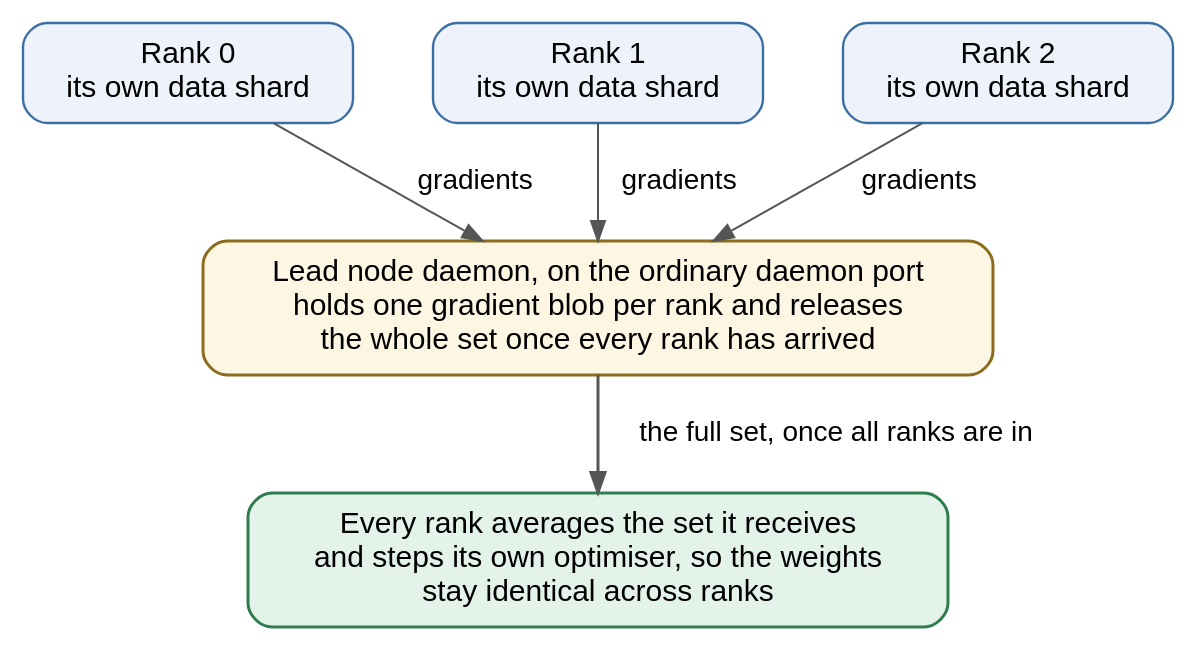
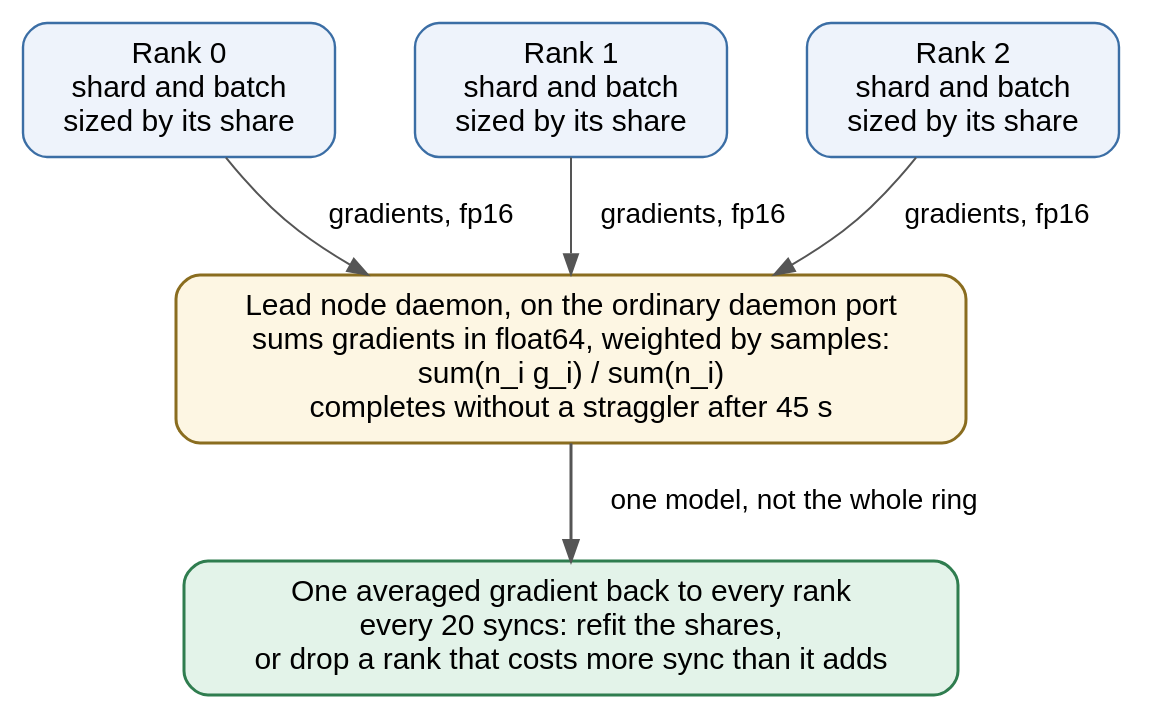
Before and after one commit to vinayakyadav2709/Pipedpeer: the diagram in docs/diagrams/src/fig_4.10_ddp.dot, drawn with Graphviz. The commit also changed 72 other files, not shown here.

```diff
--- a/docs/diagrams/src/fig_4.10_ddp.dot
+++ b/docs/diagrams/src/fig_4.10_ddp.dot
@@ -1,26 +1,25 @@
-// Figure 4.10 - Data parallel training: gradients meet on the daemon port.
-// The explanatory note lives in the caption, not the canvas: as a free-floating
-// node it forced the graph a quarter wider and shrank every label.
+// Figure 4.10 - Data parallel training: gradients meet on the daemon port and
+// the daemon reduces them. The explanatory note lives in the caption.
 digraph DDP {
   rankdir=TB; bgcolor="white"; nodesep=0.55; ranksep=0.60;
   node [fontname="Helvetica", fontsize=15, shape=box, style="rounded,filled",
         fillcolor="#eef3fb", color="#3b6ea5", penwidth=1.2, margin="0.18,0.11"];
   edge [fontname="Helvetica", fontsize=14, color="#555555"];
 
-  r0 [label="Rank 0\nits own data shard"];
-  r1 [label="Rank 1\nits own data shard"];
-  r2 [label="Rank 2\nits own data shard"];
+  r0 [label="Rank 0\nshard and batch\nsized by its share"];
+  r1 [label="Rank 1\nshard and batch\nsized by its share"];
+  r2 [label="Rank 2\nshard and batch\nsized by its share"];
 
-  board [label="Lead node daemon, on the ordinary daemon port\nholds one gradient blob per rank and releases\nthe whole set once every rank has arrived",
+  board [label="Lead node daemon, on the ordinary daemon port\nsums gradients in float64, weighted by samples:\nsum(n_i g_i) / sum(n_i)\ncompletes without a straggler after 45 s",
          fillcolor="#fdf6e3", color="#8a6d1f", penwidth=1.5];
 
-  avg [label="Every rank averages the set it receives\nand steps its own optimiser, so the weights\nstay identical across ranks",
+  avg [label="One averaged gradient back to every rank\nevery 20 syncs: refit the shares,\nor drop a rank that costs more sync than it adds",
        fillcolor="#e3f3e9", color="#2f7d4f", penwidth=1.5];
 
-  r0 -> board [label="  gradients  "];
-  r1 -> board [label="  gradients  "];
-  r2 -> board [label="  gradients  "];
-  board -> avg [label="  the full set, once all ranks are in  ", penwidth=1.5];
+  r0 -> board [label="  gradients, fp16  "];
+  r1 -> board [label="  gradients, fp16  "];
+  r2 -> board [label="  gradients, fp16  "];
+  board -> avg [label="  one model, not the whole ring  ", penwidth=1.5];
 
   { rank=same; r0; r1; r2; }
 }
```
